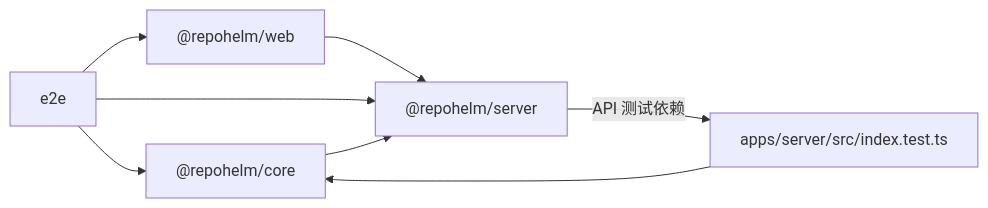
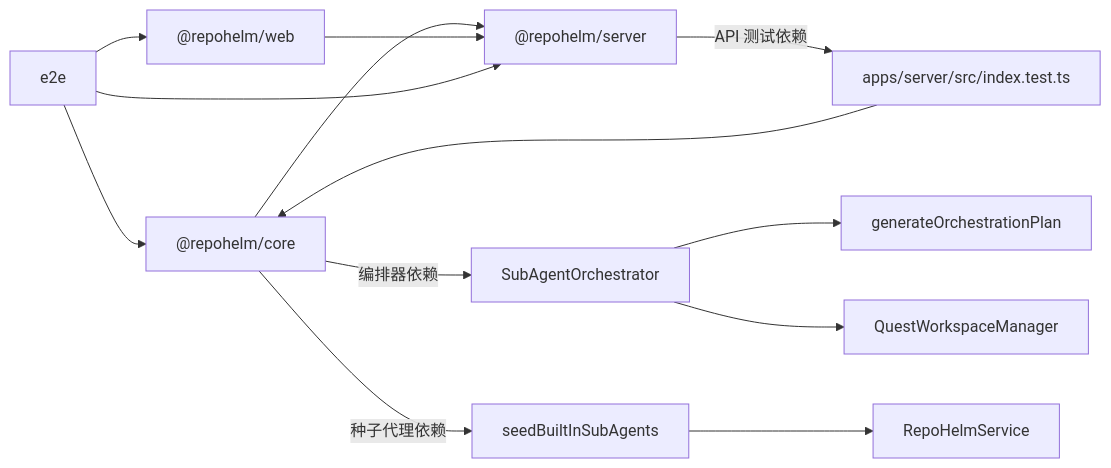
Before and after one commit to coconilu/RepoHelm: the ninth of 9 diagrams in .qoder/repowiki/zh/content/测试策略/测试策略.md, drawn with Mermaid. The commit also changed other lines of this file and 15 other files, not shown here.

First line of the commit message:
Add multi-agent orchestration & quest plans

````diff
--- a/.qoder/repowiki/zh/content/测试策略/测试策略.md
+++ b/.qoder/repowiki/zh/content/测试策略/测试策略.md
@@ -421,10 +485,15 @@
 ```mermaid
 graph LR
 CORE["@repohelm/core"] --> SERVER["@repohelm/server"]
 WEB["@repohelm/web"] --> SERVER
 E2E["e2e"] --> WEB
 E2E --> SERVER
 E2E --> CORE
 SERVER --> |"API 测试依赖"| API_TEST["apps/server/src/index.test.ts"]
 API_TEST --> CORE
+CORE --> |"编排器依赖"| ORCHESTRATOR["SubAgentOrchestrator"]
+ORCHESTRATOR --> PLANNING["generateOrchestrationPlan"]
+ORCHESTRATOR --> WORKSPACE["QuestWorkspaceManager"]
+CORE --> |"种子代理依赖"| SEED_AGENTS["seedBuiltInSubAgents"]
+SEED_AGENTS --> SERVICE["RepoHelmService"]
 ```
````
